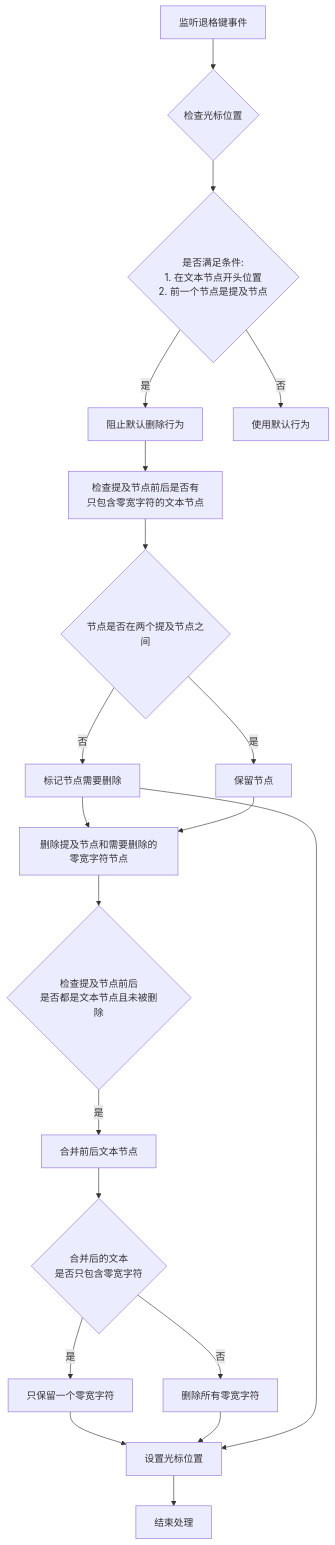
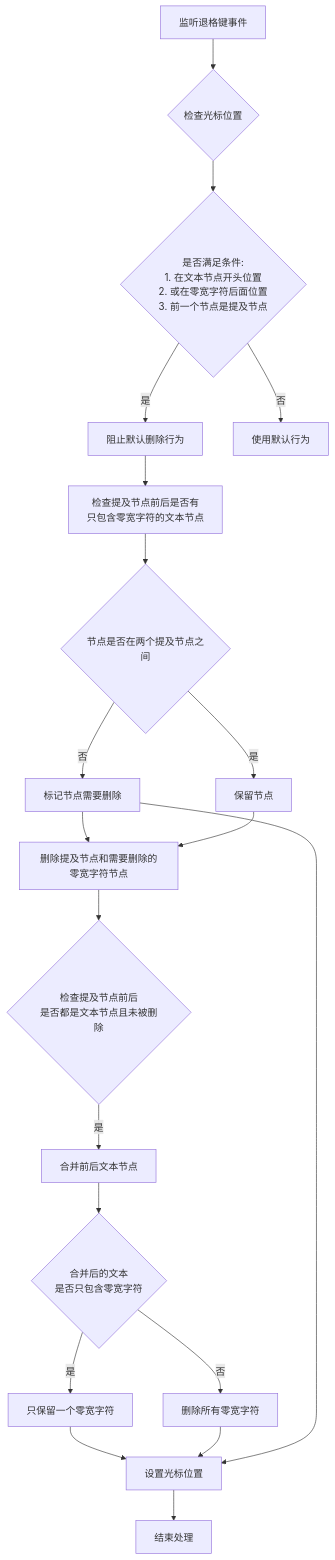
The diagram in apps/client/src/components/chat-input/plugins/mention-deletion.plugin/mention-node-deletion.plugin.md (guixin-ai/guixin), drawn with Mermaid before and after one commit. The commit also changed other lines of this file and 3 other files, not shown here.

````diff
--- a/apps/client/src/components/chat-input/plugins/mention-deletion.plugin/mention-node-deletion.plugin.md
+++ b/apps/client/src/components/chat-input/plugins/mention-deletion.plugin/mention-node-deletion.plugin.md
@@ -16,22 +17,22 @@
 ```mermaid
 graph TD
     A[监听退格键事件] --> B{检查光标位置}
-    B --> C{是否满足条件:<br>1. 在文本节点开头位置<br>2. 前一个节点是提及节点}
+    B --> C{是否满足条件:<br>1. 在文本节点开头位置<br>2. 或在零宽字符后面位置<br>3. 前一个节点是提及节点}
     C -->|是| D[阻止默认删除行为]
     D --> E1[检查提及节点前后是否有<br>只包含零宽字符的文本节点]
     E1 --> E2{节点是否在两个提及节点之间}
     E2 -->|否| E3[标记节点需要删除]
     E2 -->|是| E4[保留节点]
     E3 --> E[删除提及节点和需要删除的零宽字符节点]
     E4 --> E
     E --> F{检查提及节点前后<br>是否都是文本节点且未被删除}
     F -->|是| G[合并前后文本节点]
     G --> H{合并后的文本<br>是否只包含零宽字符}
     H -->|是| I[只保留一个零宽字符]
     H -->|否| J[删除所有零宽字符]
     I --> K[设置光标位置]
     J --> K
     E3 --> K
     K --> L[结束处理]
     C -->|否| M[使用默认行为]
 ```
````
